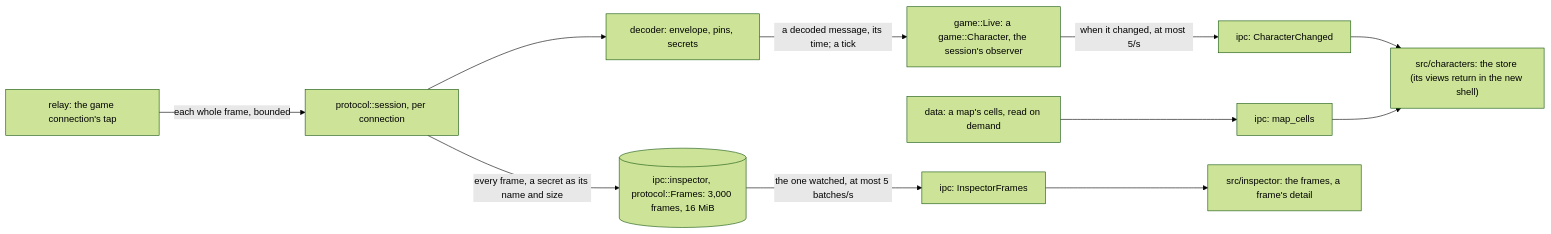
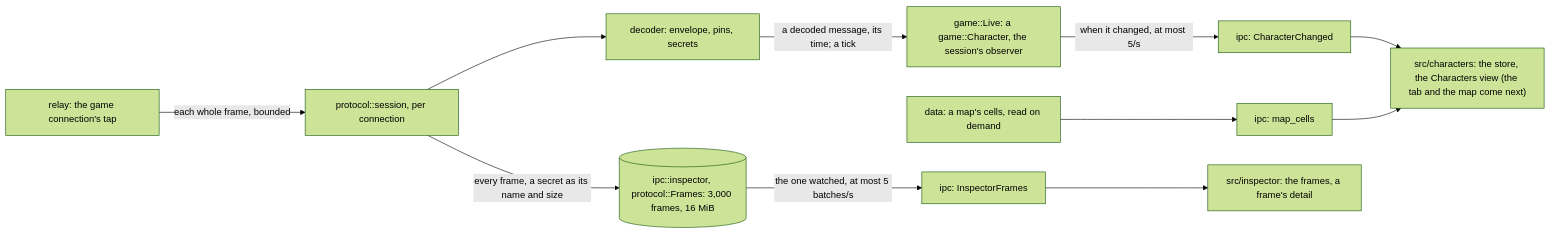
One commit to AerafalDev/D3B changed the diagram in docs/game.md. Above: the diagram before and after it, drawn with Mermaid (forest theme). The commit also changed other lines of this file and 6 other files, not shown here.

````diff
--- a/docs/game.md
+++ b/docs/game.md
@@ -7,13 +7,13 @@
 ```mermaid
 flowchart LR
     tap["relay: the game connection's tap"] -->|"each whole frame, bounded"| task["protocol::session, per connection"]
     task --> dec["decoder: envelope, pins, secrets"]
     dec -->|"a decoded message, its time; a tick"| obs["game::Live: a game::Character, the session's observer"]
     task -->|"every frame, a secret as its name and size"| ring[("ipc::inspector, protocol::Frames: 3,000 frames, 16 MiB")]
     obs -->|"when it changed, at most 5/s"| ev1["ipc: CharacterChanged"]
     ring -->|"the one watched, at most 5 batches/s"| ev2["ipc: InspectorFrames"]
     maps["data: a map's cells, read on demand"] --> cmd["ipc: map_cells"]
-    ev1 --> view["src/characters: the store (its views return in the new shell)"]
+    ev1 --> view["src/characters: the store, the Characters view (the tab and the map come next)"]
     cmd --> view
     ev2 --> insp["src/inspector: the frames, a frame's detail"]
 ```
````
